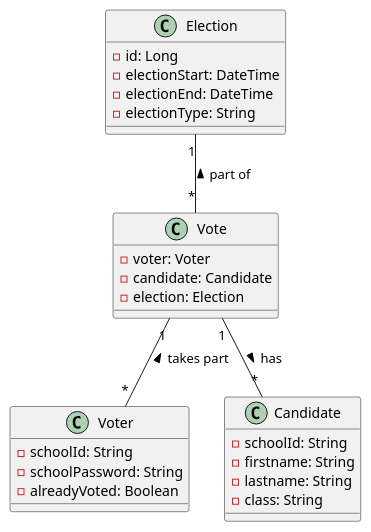
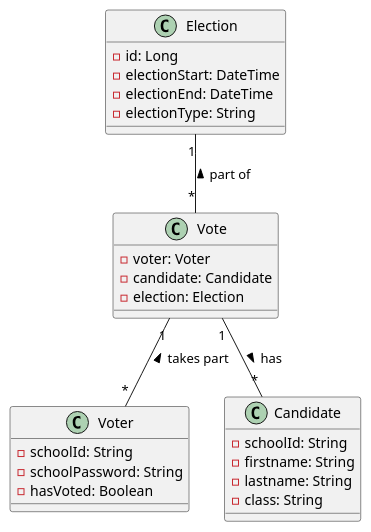
Before and after one commit to 2324-4bhif-syp/2324-4bhif-syp-project-leovote: the diagram in asciidocs/plantuml/cld.puml, drawn with PlantUML. The commit also changed 6 other files, not shown here.

Commit message:
chore: implement architecture of base data - added Candidate.java - added CandidateRessource.java - added InitBean.java - implemented Voter.java - added VoterRessource.java - changed alreadyVoted to hasVoted in cld.puml

```diff
--- a/asciidocs/plantuml/cld.puml
+++ b/asciidocs/plantuml/cld.puml
@@ -1,33 +1,33 @@
 @startuml
 
 class Election {
     - id: Long
     - electionStart: DateTime
     - electionEnd: DateTime
     - electionType: String
 }
 
 class Vote {
     - voter: Voter
     - candidate: Candidate
     - election: Election
 }
 
 class Voter {
     - schoolId: String
     - schoolPassword: String
-    - alreadyVoted: Boolean
+    - hasVoted: Boolean
 }
 
 class Candidate {
    - schoolId: String
    - firstname: String
    - lastname: String
    - class: String
 }
 
 Vote   "1"--"*" Candidate  : > has
 Vote   "1"--"*" Voter  : < takes part
 Election "1"--"*" Vote : < part of
 
 @enduml
```
